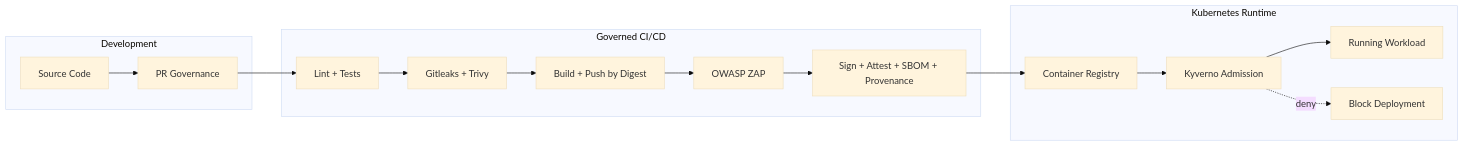
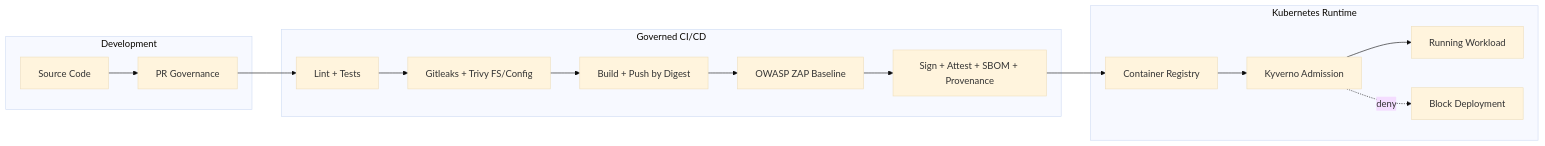
One commit to agslima/software-delivery-pipeline changed the diagram in docs/threat-model.md. Above: the diagram before and after it, drawn with Mermaid (base theme). The commit also changed other lines of this file and 6 other files, not shown here.

````diff
--- a/docs/threat-model.md
+++ b/docs/threat-model.md
@@ -92,22 +96,22 @@
 ```mermaid
 flowchart LR
     subgraph Development
         Code[Source Code] --> PR[PR Governance]
     end
 
     subgraph CI[Governed CI/CD]
         PR --> Q[Lint + Tests]
-        Q --> S1[Gitleaks + Trivy]
+        Q --> S1[Gitleaks + Trivy FS/Config]
         S1 --> Build[Build + Push by Digest]
-        Build --> DAST[OWASP ZAP]
+        Build --> DAST[OWASP ZAP Baseline]
         DAST --> SA[Sign + Attest + SBOM + Provenance]
     end
 
     SA --> Reg[Container Registry]
 
     subgraph Runtime[Kubernetes Runtime]
         Reg --> Adm[Kyverno Admission]
         Adm --> Workload[Running Workload]
         Adm -. deny .-> Block[Block Deployment]
     end
 ```
````
